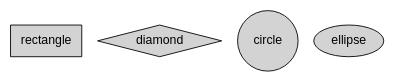
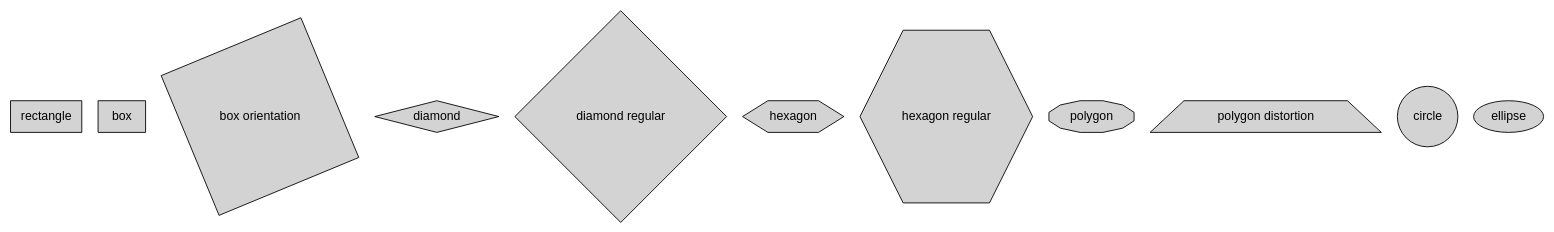
Before and after one commit to libyui/libyui: the diagram in libyui-qt-graph/examples/shapes.gv, drawn with Graphviz.

Commit message:
- extended example
svn path=/trunk/qt-graph/; revision=55614

```diff
--- a/libyui-qt-graph/examples/shapes.gv
+++ b/libyui-qt-graph/examples/shapes.gv
@@ -1,10 +1,21 @@
 digraph
 {
     node [style="filled", fontname="Helvetica"];
 
-    rectangle [shape="rectangle"];
-    diamond [shape="diamond"];
+    "rectangle" [shape="rectangle"];
 
-    circle [shape="circle"];
-    ellipse [shape="ellipse"];
+    "box" [shape="box"];
+    "box orientation" [shape="box", orientation=22.5, regular=true];
+
+    "diamond" [shape="diamond"]; 
+    "diamond regular" [shape="diamond", regular=true];
+
+    "hexagon" [shape="hexagon"];
+    "hexagon regular" [shape="hexagon", regular=true];
+
+    "polygon" [shape="polygon", sides=12];
+    "polygon distortion" [shape="polygon", distortion=-0.25];
+
+    "circle" [shape="circle"];
+    "ellipse" [shape="ellipse"];
 }
```
